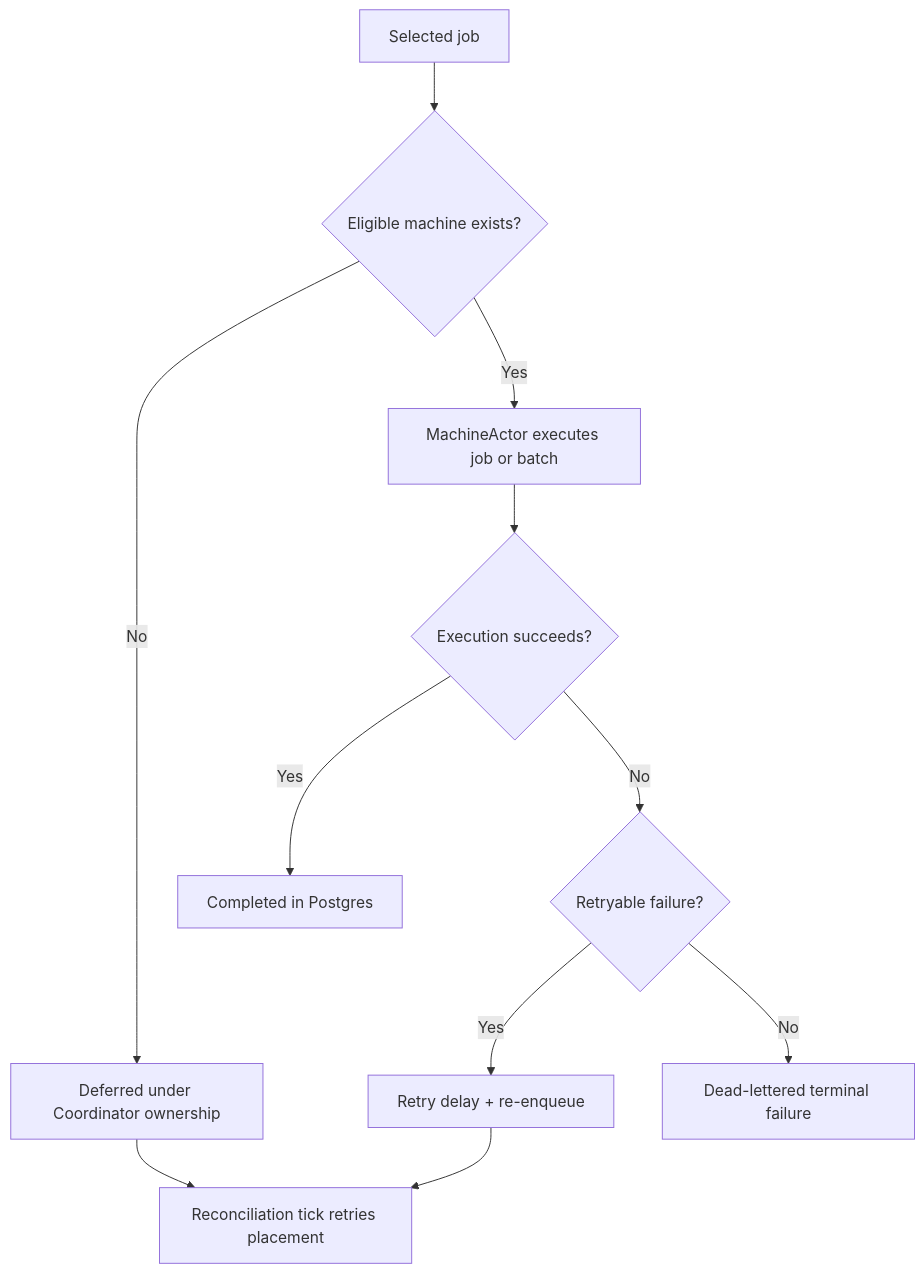
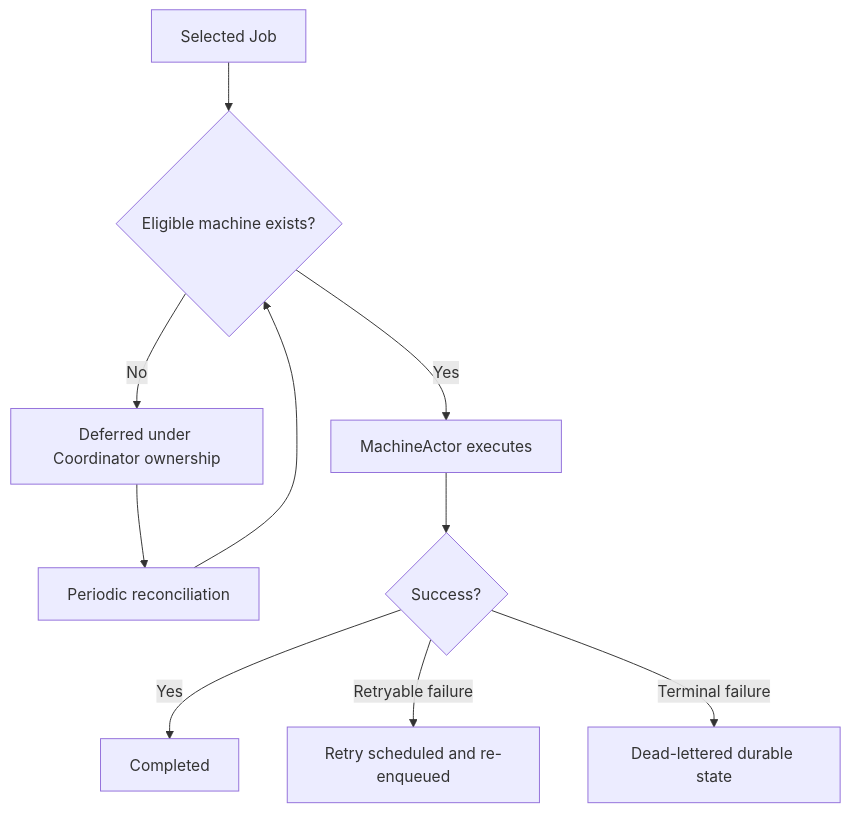
Before and after one commit to gokayokutucu/forgegpu: the third of 3 diagrams in README.md, drawn with Mermaid. The commit also changed other lines of this file and 33 other files, not shown here.

````diff
--- a/README.md
+++ b/README.md
@@ -137,14 +126,13 @@
 ```mermaid
 flowchart TD
-    A[Selected job] --> B{Eligible machine exists?}
+    A[Selected Job] --> B{Eligible machine exists?}
     B -- No --> C[Deferred under Coordinator ownership]
-    C --> D[Reconciliation tick retries placement]
+    C --> D[Periodic reconciliation]
+    D --> B
 
-    B -- Yes --> E[MachineActor executes job or batch]
-    E --> F{Execution succeeds?}
-    F -- Yes --> G[Completed in Postgres]
-    F -- No --> H{Retryable failure?}
-    H -- Yes --> I[Retry delay + re-enqueue]
-    H -- No --> J[Dead-lettered terminal failure]
-    I --> D
+    B -- Yes --> E[MachineActor executes]
+    E --> F{Success?}
+    F -- Yes --> G[Completed]
+    F -- Retryable failure --> H[Retry scheduled and re-enqueued]
+    F -- Terminal failure --> I[Dead-lettered durable state]
 ```
````
